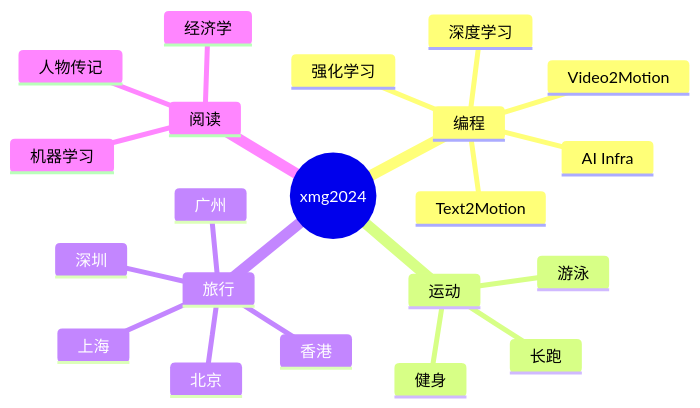
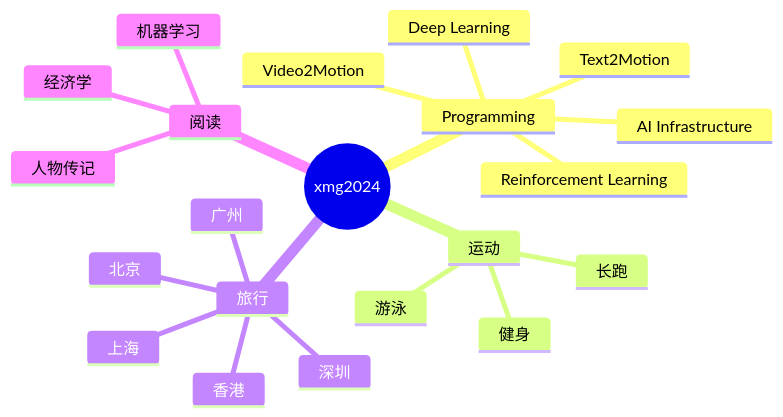
One commit to xmg2024/xmg2024 changed the diagram in README.md. Above: the diagram before and after it, drawn with Mermaid.

````diff
--- a/README.md
+++ b/README.md
@@ -51,24 +51,24 @@
 ```mermaid
 mindmap
   root((xmg2024))
-    编程
-      深度学习
-      强化学习
-      AI Infra
+    Programming
+      Deep Learning
+      Reinforcement Learning
+      AI Infrastructure
       Text2Motion
       Video2Motion
     运动
       长跑
       游泳
       健身
     旅行
       北京
       深圳
       香港
       广州
       上海
     阅读
       人物传记
       机器学习 
       经济学
 ```
````
